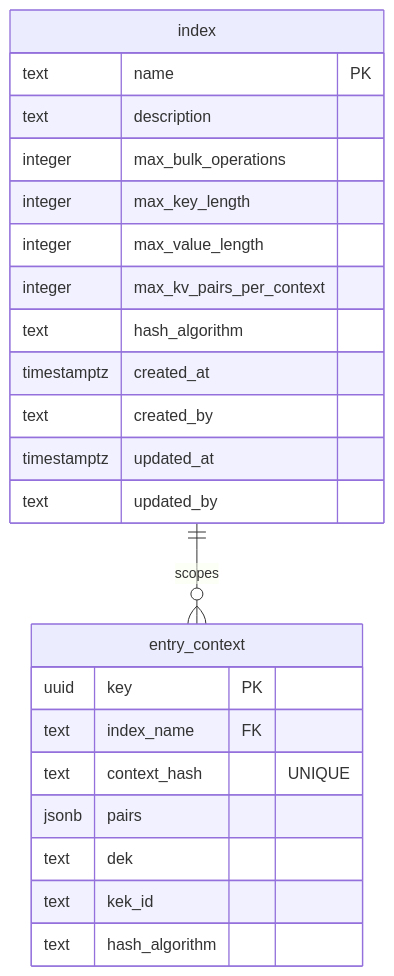
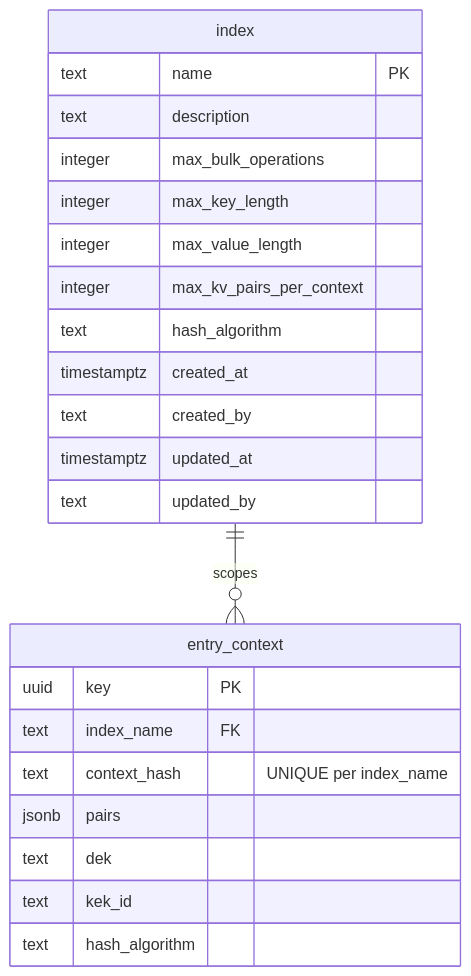
Before and after one commit to cperfect/udex: the diagram in projects/rust/datastore/README.md, drawn with Mermaid. The commit also changed other lines of this file, not shown here.

First line of the commit message:
docs(datastore): correct uniqueness scope in README — per-index not system-wide

````diff
--- a/projects/rust/datastore/README.md
+++ b/projects/rust/datastore/README.md
@@ -72,28 +72,28 @@
 ```mermaid
 erDiagram
     index {
         text name PK
         text description
         integer max_bulk_operations
         integer max_key_length
         integer max_value_length
         integer max_kv_pairs_per_context
         text hash_algorithm
         timestamptz created_at
         text created_by
         timestamptz updated_at
         text updated_by
     }
 
     entry_context {
         uuid key PK
         text index_name FK
-        text context_hash "UNIQUE"
+        text context_hash "UNIQUE per index_name"
         jsonb pairs
         text dek
         text kek_id
         text hash_algorithm
     }
 
     index ||--o{ entry_context : "scopes"
 ```
````
